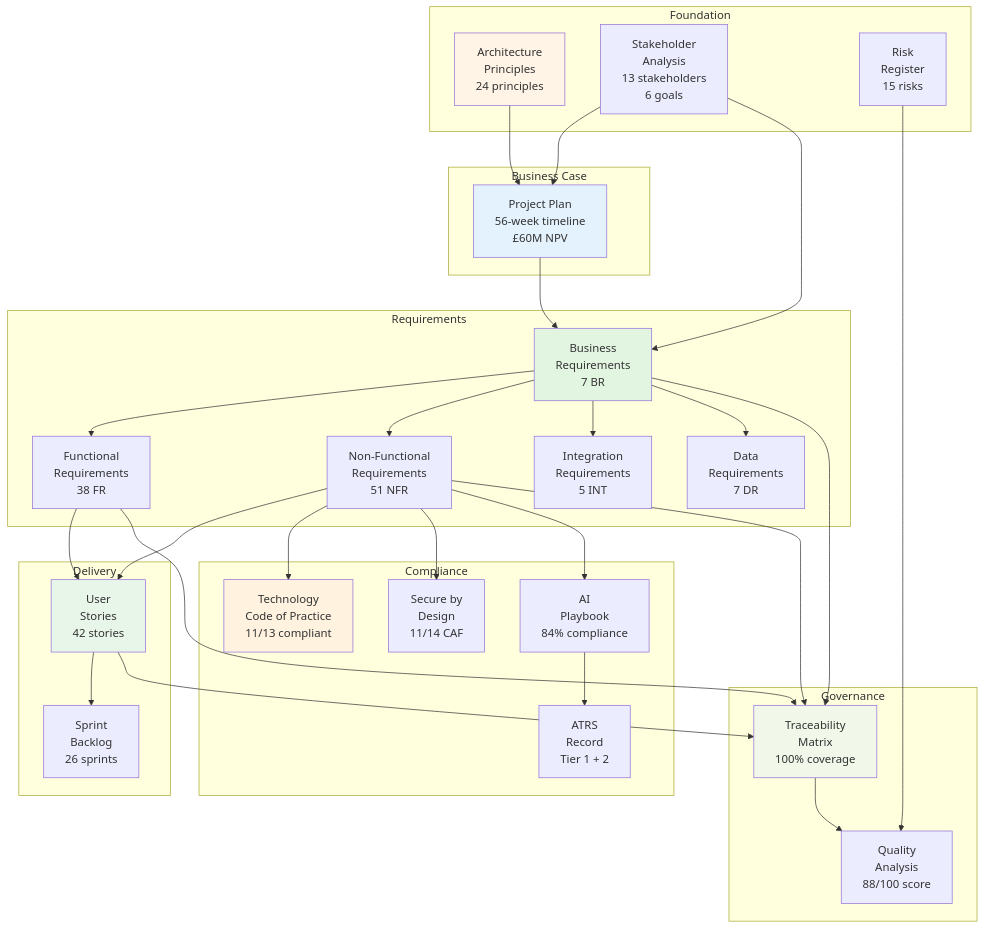
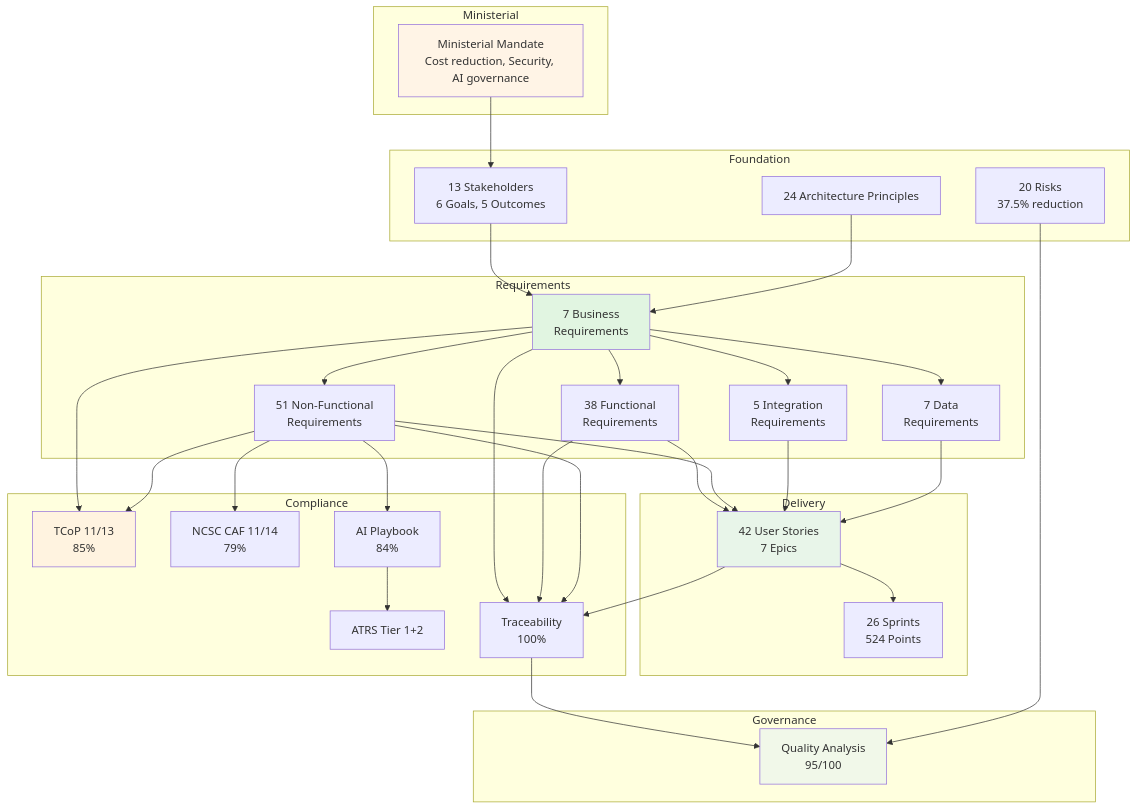
Before and after one commit to tractorjuice/arckit-test-project-v8-cabinet-office-genai: the third of 3 diagrams in projects/001-cabinet-office-genai/PROJECT-STORY.md, drawn with Mermaid. The commit also changed other lines of this file, not shown here.

First line of the commit message:
feat: PROJECT-STORY.md v6.0 - comprehensive 1,116-line project story with enhanced narrative chapters

````diff
--- a/projects/001-cabinet-office-genai/PROJECT-STORY.md
+++ b/projects/001-cabinet-office-genai/PROJECT-STORY.md
@@ -172,70 +916,70 @@
 ```mermaid
 flowchart TD
-    subgraph Foundation
-        Principles[Architecture<br/>Principles<br/>24 principles]
-        Stakeholders[Stakeholder<br/>Analysis<br/>13 stakeholders<br/>6 goals]
-        Risk[Risk<br/>Register<br/>15 risks]
+    subgraph Ministerial
+        Mandate[Ministerial Mandate<br/>Cost reduction, Security, AI governance]
     end
 
-    subgraph Business Case
-        SOBC[Project Plan<br/>56-week timeline<br/>£60M NPV]
+    subgraph Foundation
+        Stakeholders[13 Stakeholders<br/>6 Goals, 5 Outcomes]
+        Principles[24 Architecture Principles]
+        Risk[20 Risks<br/>37.5% reduction]
     end
 
     subgraph Requirements
-        BR[Business<br/>Requirements<br/>7 BR]
-        FR[Functional<br/>Requirements<br/>38 FR]
-        NFR[Non-Functional<br/>Requirements<br/>51 NFR]
-        INT[Integration<br/>Requirements<br/>5 INT]
-        DR[Data<br/>Requirements<br/>7 DR]
+        BR[7 Business<br/>Requirements]
+        FR[38 Functional<br/>Requirements]
+        NFR[51 Non-Functional<br/>Requirements]
+        INT[5 Integration<br/>Requirements]
+        DR[7 Data<br/>Requirements]
     end
 
     subgraph Delivery
-        Stories[User<br/>Stories<br/>42 stories]
-        Sprints[Sprint<br/>Backlog<br/>26 sprints]
+        Stories[42 User Stories<br/>7 Epics]
+        Sprints[26 Sprints<br/>524 Points]
     end
 
     subgraph Compliance
-        TCoP[Technology<br/>Code of Practice<br/>11/13 compliant]
-        Secure[Secure by<br/>Design<br/>11/14 CAF]
-        AIPlaybook[AI<br/>Playbook<br/>84% compliance]
-        ATRS[ATRS<br/>Record<br/>Tier 1 + 2]
+        TCoP[TCoP 11/13<br/>85%]
+        Secure[NCSC CAF 11/14<br/>79%]
+        AIPlaybook[AI Playbook<br/>84%]
+        ATRS[ATRS Tier 1+2]
+        Trace[Traceability<br/>100%]
     end
 
     subgraph Governance
-        Traceability[Traceability<br/>Matrix<br/>100% coverage]
-        Analysis[Quality<br/>Analysis<br/>88/100 score]
+        Analysis[Quality Analysis<br/>95/100]
     end
 
-    Principles --> SOBC
-    Stakeholders --> SOBC
+    Mandate --> Stakeholders
     Stakeholders --> BR
-    SOBC --> BR
+    Principles --> BR
     BR --> FR
     BR --> NFR
     BR --> INT
     BR --> DR
-
     FR --> Stories
     NFR --> Stories
+    INT --> Stories
+    DR --> Stories
     Stories --> Sprints
 
+    BR --> TCoP
     NFR --> TCoP
     NFR --> Secure
     NFR --> AIPlaybook
     AIPlaybook --> ATRS
 
-    BR --> Traceability
-    FR --> Traceability
-    NFR --> Traceability
-    Stories --> Traceability
+    BR --> Trace
+    FR --> Trace
+    NFR --> Trace
+    Stories --> Trace
 
-    Traceability --> Analysis
+    Trace --> Analysis
     Risk --> Analysis
 
-    style Principles fill:#fff4e6
-    style SOBC fill:#e3f2fd
+    style Mandate fill:#fff4e6
     style BR fill:#e1f5e1
     style Stories fill:#e8f5e9
     style TCoP fill:#fff3e0
-    style Traceability fill:#f1f8e9
+    style Analysis fill:#f1f8e9
 ```
````
